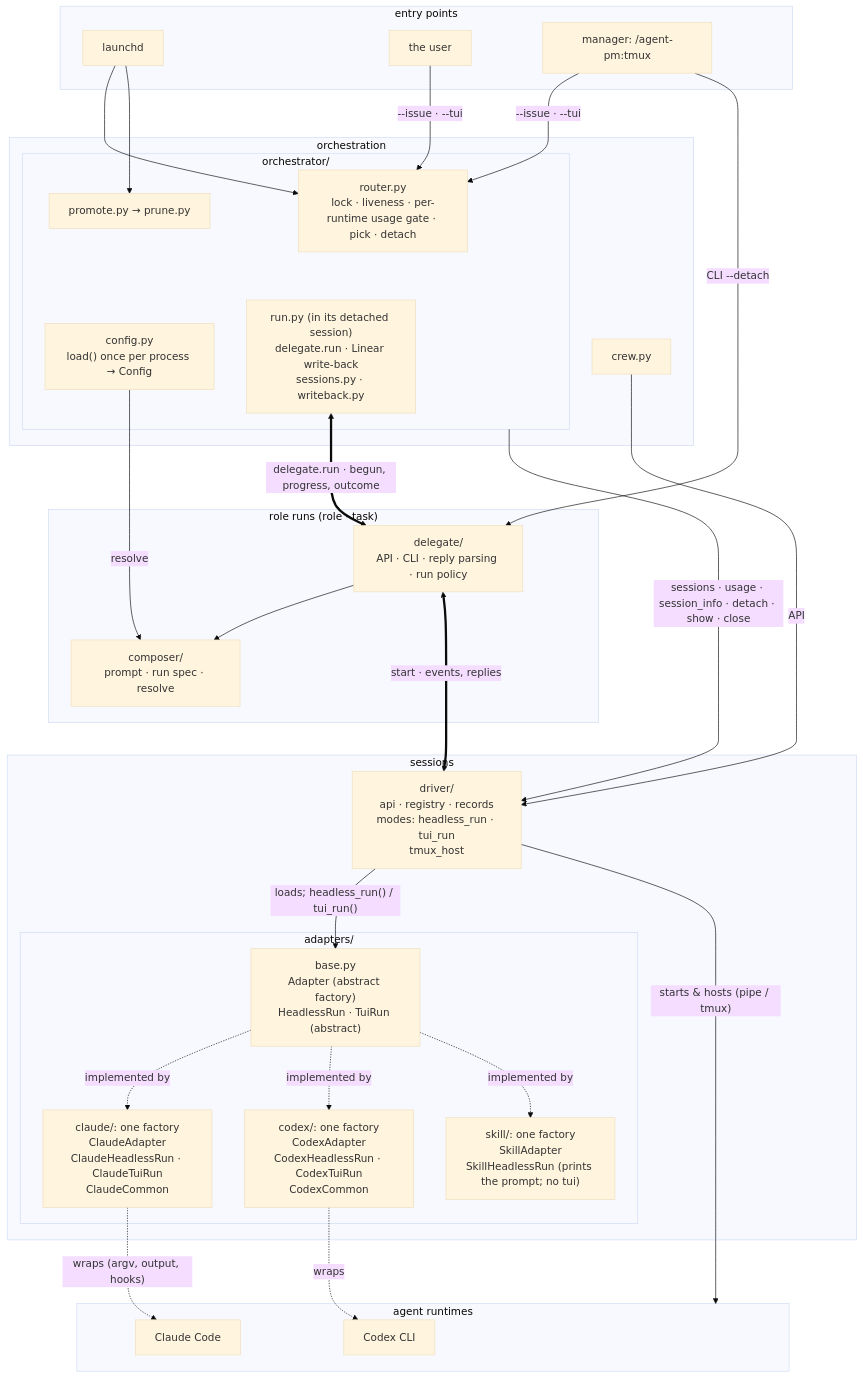
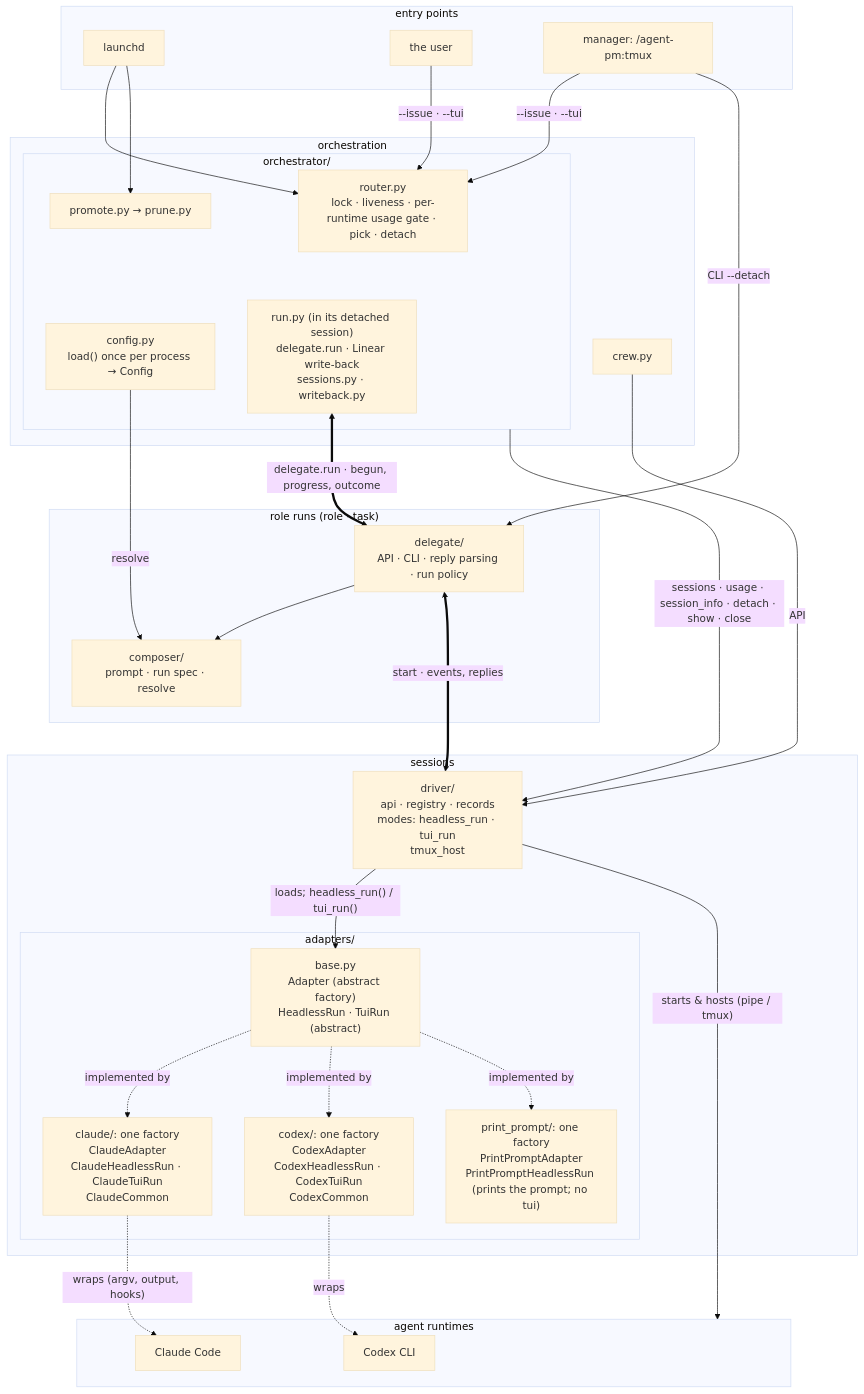
One commit to ophis/agent-pm changed the second of 4 diagrams in README.md. Above: the diagram before and after it, drawn with Mermaid (base theme).

Commit message:
README: print_prompt adapter in the architecture diagram
Claude-Session: https://claude.ai/code/session_01DWNTKp8E4ZkndBswMuqLEu

````diff
--- a/README.md
+++ b/README.md
@@ -20,52 +20,52 @@
 ```mermaid
 flowchart TB
   subgraph EN[entry points]
     LD[launchd]
     HU[the user]
     M["manager: /agent-pm:tmux"]
   end
   subgraph L1[orchestration]
     subgraph OR[orchestrator/]
       R["router.py<br>lock · liveness · per-runtime usage gate · pick · detach"]
       RU["run.py (in its detached session)<br>delegate.run · Linear write-back<br>sessions.py · writeback.py"]
       PP["promote.py → prune.py"]
       CF["config.py<br>load() once per process → Config"]
     end
     W[crew.py]
   end
   subgraph L2["role runs (role · task)"]
     D["delegate/<br>API · CLI · reply parsing · run policy"]
     C["composer/<br>prompt · run spec · resolve"]
   end
   subgraph L3[sessions]
     DR["driver/<br>api · registry · records<br>modes: headless_run · tui_run<br>tmux_host"]
     subgraph AD[adapters/]
       B["base.py<br>Adapter (abstract factory)<br>HeadlessRun · TuiRun (abstract)"]
       CL["claude/: one factory<br>ClaudeAdapter<br>ClaudeHeadlessRun · ClaudeTuiRun<br>ClaudeCommon"]
       CX["codex/: one factory<br>CodexAdapter<br>CodexHeadlessRun · CodexTuiRun<br>CodexCommon"]
-      SK["skill/: one factory<br>SkillAdapter<br>SkillHeadlessRun (prints the prompt; no tui)"]
+      PP2["print_prompt/: one factory<br>PrintPromptAdapter<br>PrintPromptHeadlessRun (prints the prompt; no tui)"]
     end
   end
   subgraph RT[agent runtimes]
     P1[Claude Code]
     P2[Codex CLI]
   end
   LD --> R & PP
   HU -->|"--issue · --tui"| R
   M -->|"--issue · --tui"| R
   M -->|"CLI --detach"| D
   W -->|API| DR
   RU <==>|"delegate.run · begun, progress, outcome"| D
   CF -->|resolve| C
   OR -->|"sessions · usage · session_info · detach · show · close"| DR
   D --> C
   D <==>|"start · events, replies"| DR
   DR -->|"loads; headless_run() / tui_run()"| B
-  B -.->|implemented by| CL & CX & SK
+  B -.->|implemented by| CL & CX & PP2
   DR -->|"starts & hosts (pipe / tmux)"| RT
   CL -.->|"wraps (argv, output, hooks)"| P1
   CX -.->|wraps| P2
   R ~~~ RU
   PP ~~~ CF
   C ~~~ DR
 ```
````
